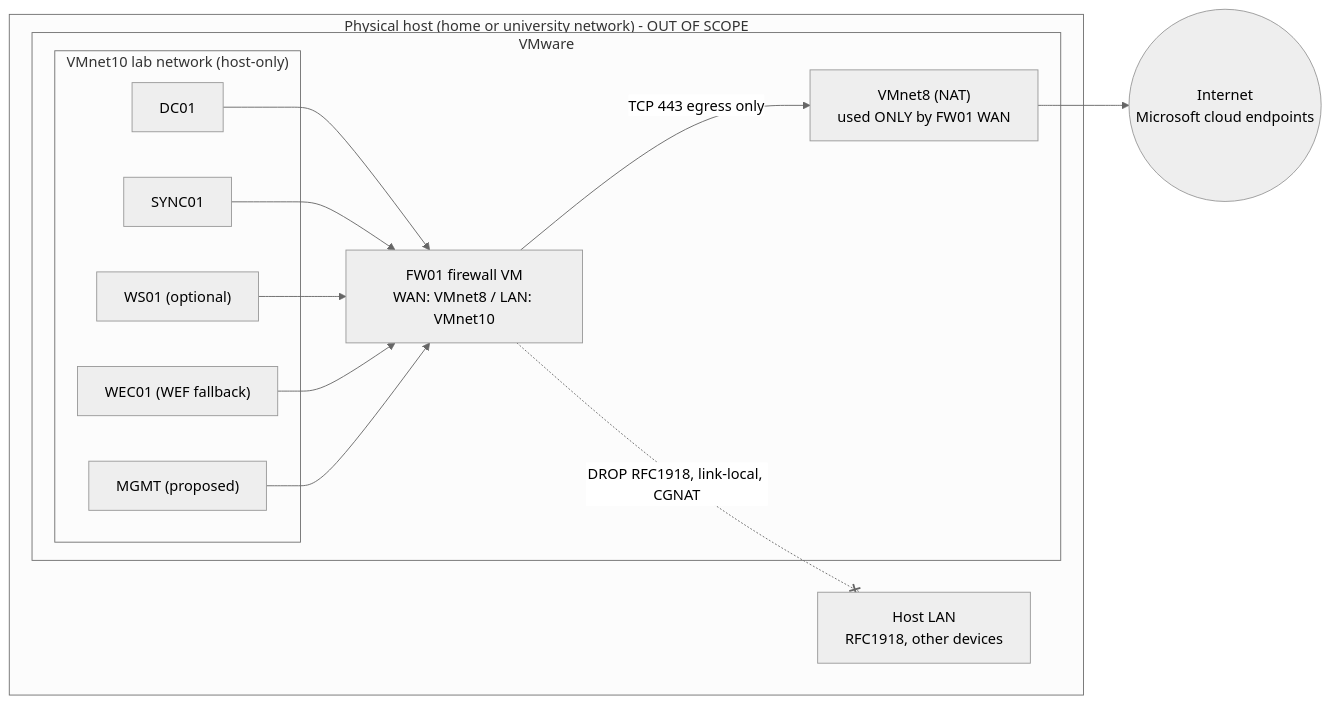
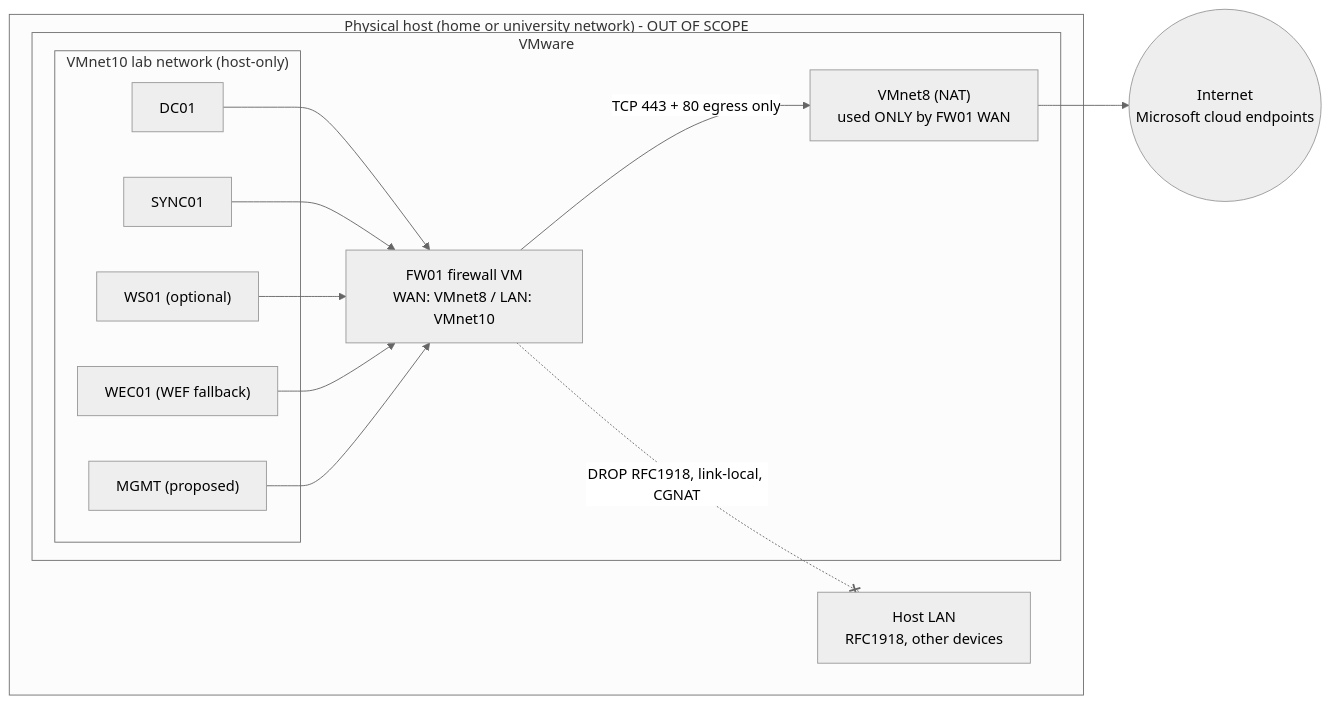
The diagram in docs/lab-network.md (HamzaYazidi27/hybrid-detection-validation), drawn with Mermaid (neutral theme) before and after one commit. The commit also changed other lines of this file and 6 other files, not shown here.

First line of the commit message:
Lab build runbook, 16 GB host profile, TCP 80 egress amendment

````diff
--- a/docs/lab-network.md
+++ b/docs/lab-network.md
@@ -17,22 +18,22 @@
 ```mermaid
 flowchart LR
     subgraph HOST["Physical host (home or university network) - OUT OF SCOPE"]
         LAN["Host LAN<br/>RFC1918, other devices"]
         subgraph VMW["VMware"]
             NAT["VMnet8 (NAT)<br/>used ONLY by FW01 WAN"]
             subgraph LABNET["VMnet10 lab network (host-only)"]
                 DC01["DC01"]
                 SYNC01["SYNC01"]
                 WS01["WS01 (optional)"]
                 WEC01["WEC01 (WEF fallback)"]
                 MGMT["MGMT (proposed)"]
             end
             FW01["FW01 firewall VM<br/>WAN: VMnet8 / LAN: VMnet10"]
         end
     end
     INET(("Internet<br/>Microsoft cloud endpoints"))
 
     DC01 & SYNC01 & WS01 & WEC01 & MGMT --> FW01
-    FW01 -->|"TCP 443 egress only"| NAT --> INET
+    FW01 -->|"TCP 443 + 80 egress only"| NAT --> INET
     FW01 -. "DROP RFC1918, link-local, CGNAT" .-x LAN
 ```
````
